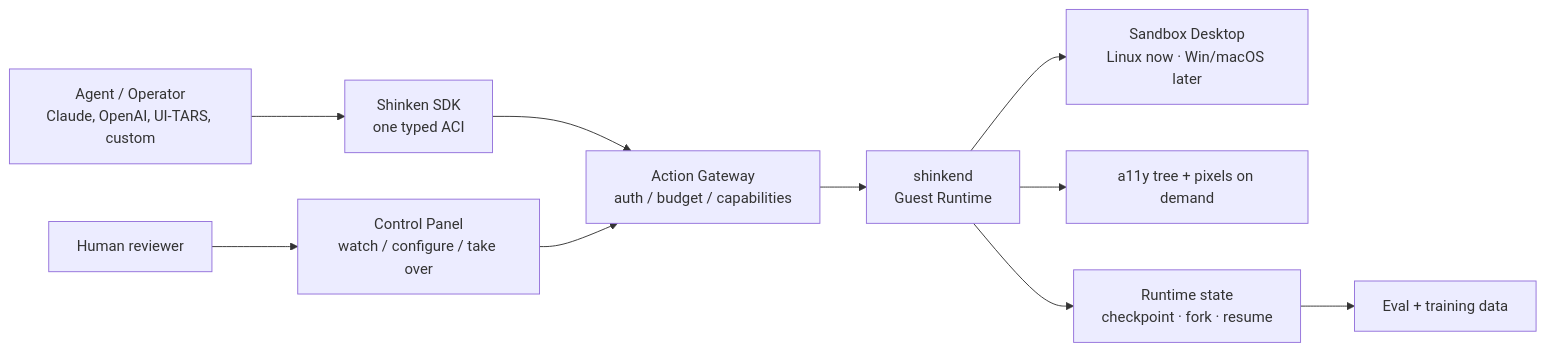
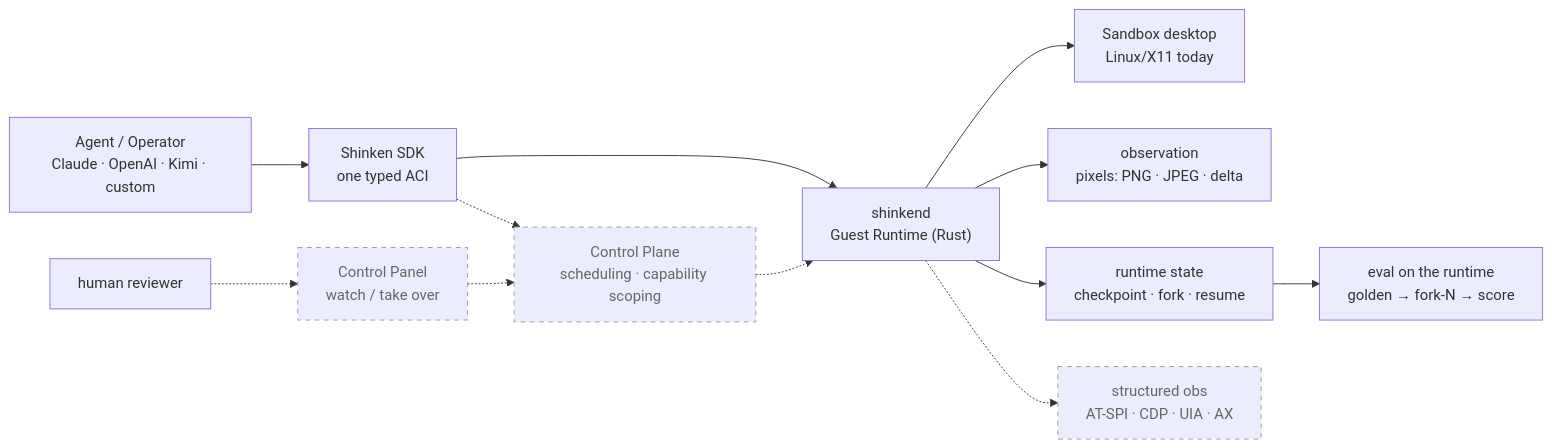
One commit to Meirtz/Shinken changed the diagram in README.md. Above: the diagram before and after it, drawn with Mermaid. The commit also changed other lines of this file and 19 other files, not shown here.

First line of the commit message:
docs: data-driven README + benchmarks + reframe threat-model as runtime note + de-emphasize capabilities (#256)

````diff
--- a/README.md
+++ b/README.md
@@ -69,12 +59,16 @@
 ```mermaid
 flowchart LR
-  Agent["Agent / Operator<br/>Claude, OpenAI, UI-TARS, custom"] --> SDK["Shinken SDK<br/>one typed ACI"]
-  SDK --> GW["Action Gateway<br/>auth / budget / capabilities"]
-  GW --> SK["shinkend<br/>Guest Runtime"]
-  SK --> Desktop["Sandbox Desktop<br/>Linux now · Win/macOS later"]
-  SK --> Obs["a11y tree + pixels on demand"]
-  SK --> State["Runtime state<br/>checkpoint · fork · resume"]
-  Human["Human reviewer"] --> Panel["Control Panel<br/>watch / configure / take over"]
-  Panel --> GW
-  State --> Eval["Eval + training data"]
+  Agent["Agent / Operator<br/>Claude · OpenAI · Kimi · custom"] --> SDK["Shinken SDK<br/>one typed ACI"]
+  SDK --> SK["shinkend<br/>Guest Runtime (Rust)"]
+  SK --> Desktop["Sandbox desktop<br/>Linux/X11 today"]
+  SK --> Obs["observation<br/>pixels: PNG · JPEG · delta"]
+  SK --> State["runtime state<br/>checkpoint · fork · resume"]
+  State --> Eval["eval on the runtime<br/>golden → fork-N → score"]
+
+  SDK -.-> CP["Control Plane<br/>scheduling · capability scoping"]:::d
+  CP -.-> SK
+  SK -.-> A11Y["structured obs<br/>AT-SPI · CDP · UIA · AX"]:::d
+  Human["human reviewer"] -.-> Panel["Control Panel<br/>watch / take over"]:::d
+  Panel -.-> CP
+  classDef d stroke-dasharray:5 5,stroke:#999,color:#666;
 ```
````
